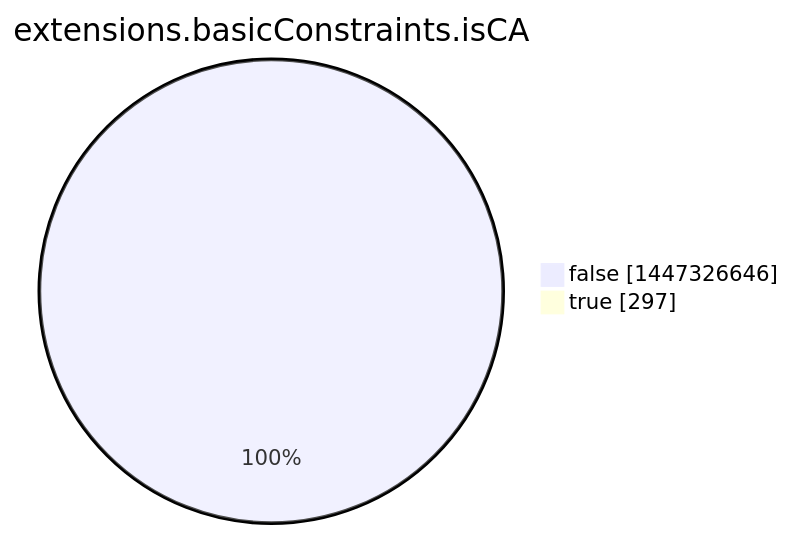
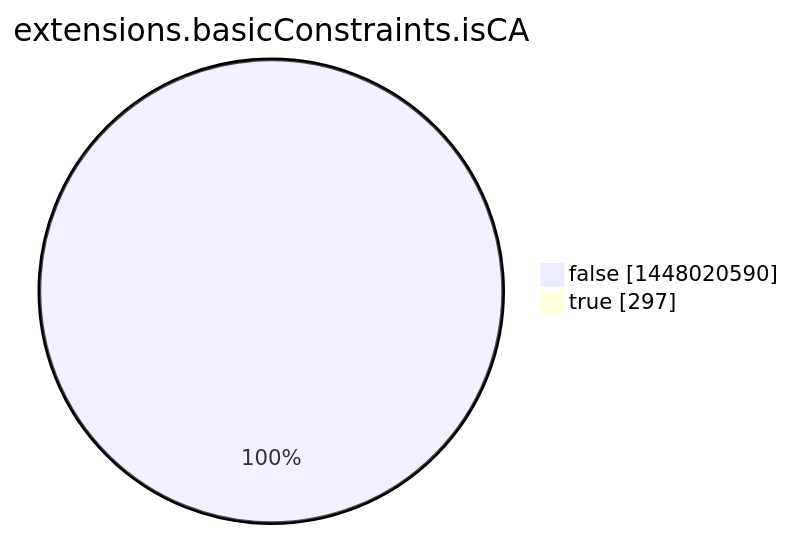
The eighth of 15 diagrams in argon2022/README.md (christiankrug/ctmonitor_visualization), drawn with Mermaid before and after one commit. The commit also changed other lines of this file, not shown here.

````diff
--- a/argon2022/README.md
+++ b/argon2022/README.md
@@ -2760,6 +2760,6 @@
 ```mermaid
 pie showData
 title extensions.basicConstraints.isCA
-"false" :1447326646
+"false" :1448020590
 "true" :297
 ```
````
